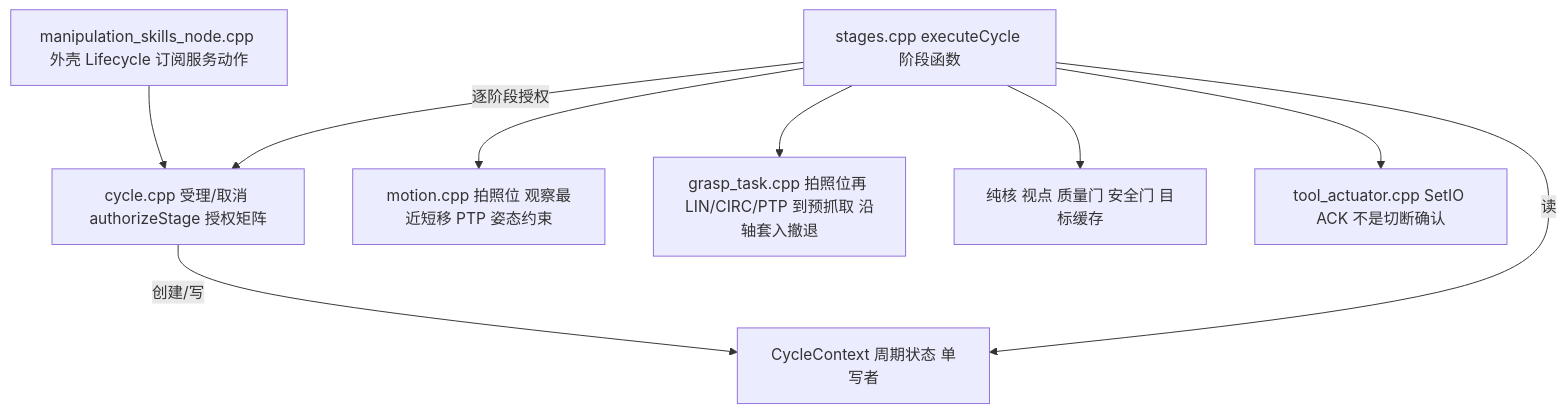
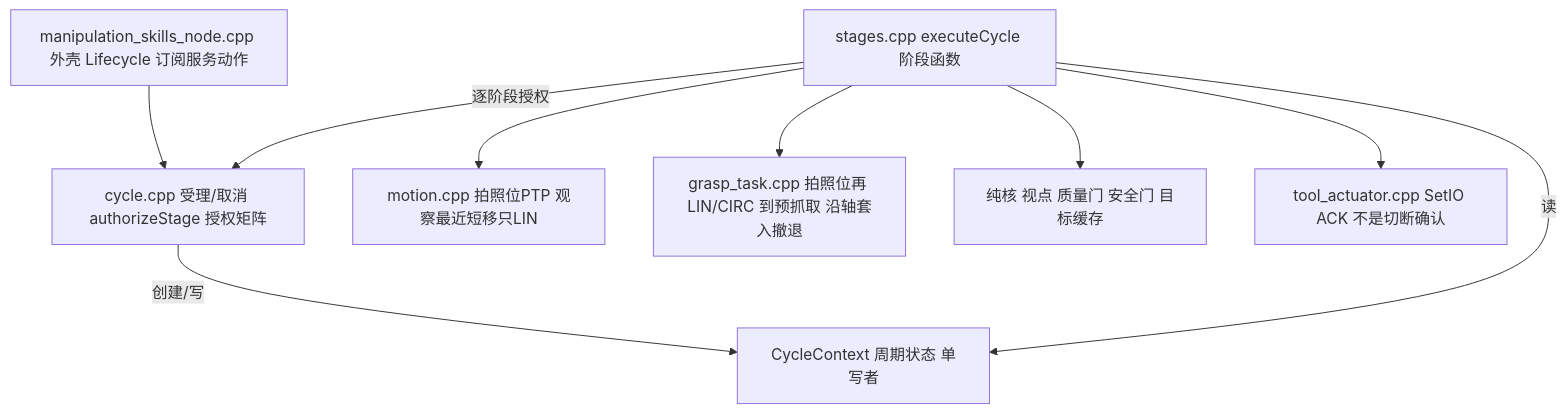
The tenth of 15 diagrams in docs/architecture.md (MUHAN11-c/aubo_boot), drawn with Mermaid before and after one commit. The commit also changed other lines of this file and 56 other files, not shown here.

````diff
--- a/docs/architecture.md
+++ b/docs/architecture.md
@@ -536,19 +536,19 @@
 ```mermaid
 flowchart TB
   node["manipulation_skills_node.cpp 外壳 Lifecycle 订阅服务动作"]
   cycle["cycle.cpp 受理/取消 authorizeStage 授权矩阵"]
   ctx["CycleContext 周期状态 单写者"]
   stages["stages.cpp executeCycle 阶段函数"]
-  motion["motion.cpp 拍照位 观察最近短移 PTP 姿态约束"]
-  mtc["grasp_task.cpp 拍照位再 LIN/CIRC/PTP 到预抓取 沿轴套入撤退"]
+  motion["motion.cpp 拍照位PTP 观察最近短移只LIN"]
+  mtc["grasp_task.cpp 拍照位再 LIN/CIRC 到预抓取 沿轴套入撤退"]
   core["纯核 视点 质量门 安全门 目标缓存"]
   tool["tool_actuator.cpp SetIO ACK 不是切断确认"]
   node --> cycle
   cycle -->|"创建/写"| ctx
   stages -->|"读"| ctx
   stages -->|"逐阶段授权"| cycle
   stages --> motion
   stages --> core
   stages --> mtc
   stages --> tool
 ```
````
